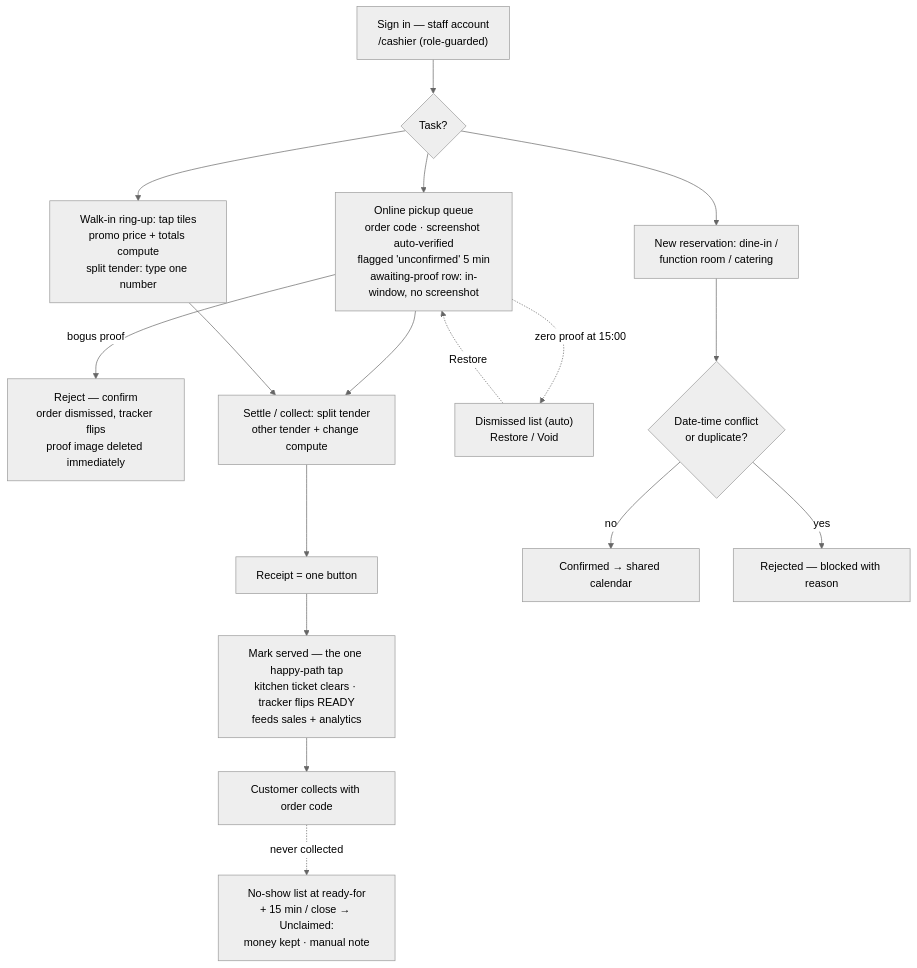
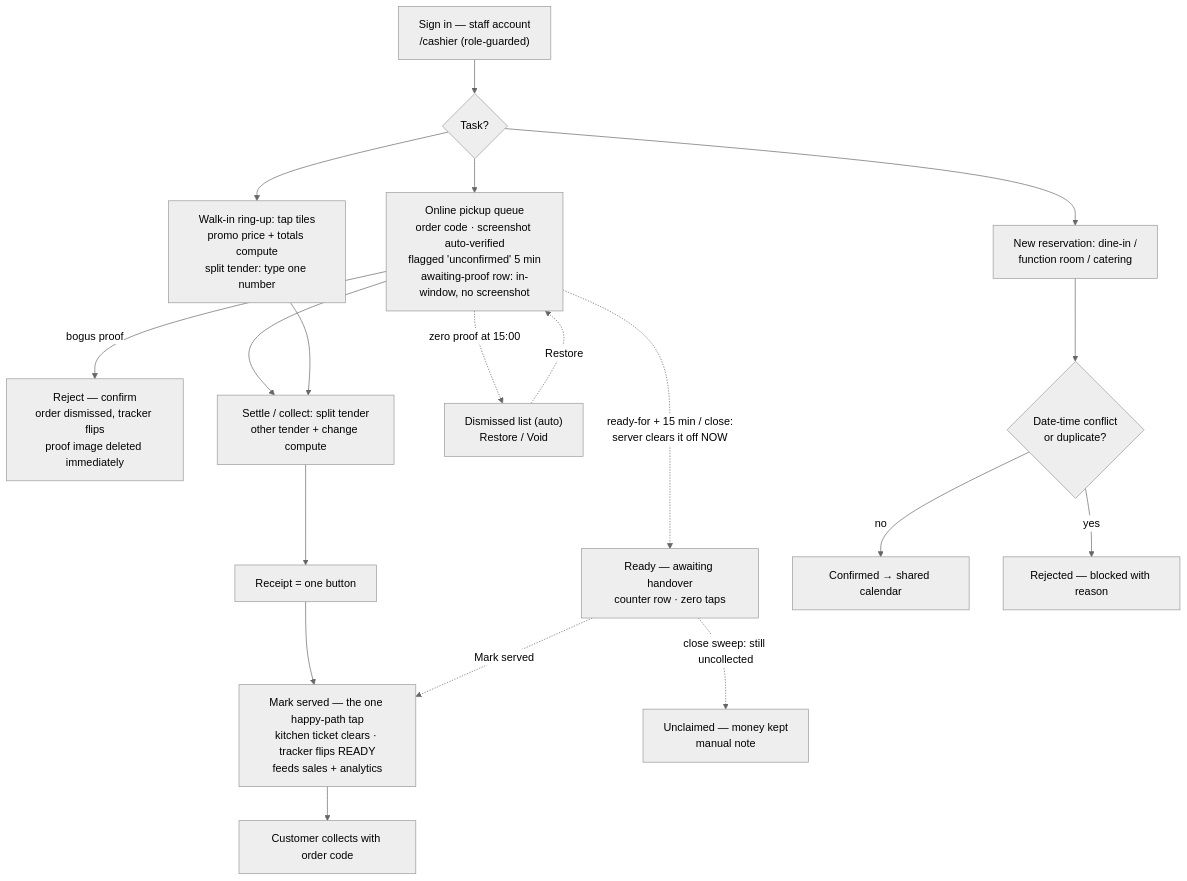
Before and after one commit to S1NXIAN/CRNP: the diagram in docs/flow-charts/cashier.md, drawn with Mermaid (neutral theme). The commit also changed 4 other files, not shown here.

````diff
--- a/docs/flow-charts/cashier.md
+++ b/docs/flow-charts/cashier.md
@@ -6,19 +6,21 @@
 ```mermaid
 flowchart TD
     A["Sign in — staff account<br/>/cashier (role-guarded)"] --> B{"Task?"}
     B --> C["Online pickup queue<br/>order code · screenshot auto-verified<br/>flagged 'unconfirmed' 5 min<br/>awaiting-proof row: in-window, no screenshot"]
     B --> D["Walk-in ring-up: tap tiles<br/>promo price + totals compute<br/>split tender: type one number"]
     B --> E["New reservation: dine-in /<br/>function room / catering"]
     C -->|"bogus proof"| R["Reject — confirm<br/>order dismissed, tracker flips<br/>proof image deleted immediately"]
     C --> F["Settle / collect: split tender<br/>other tender + change compute"]
     D --> F
     F --> G["Receipt = one button"]
     G --> H["Mark served — the one happy-path tap<br/>kitchen ticket clears · tracker flips READY<br/>feeds sales + analytics"]
     H --> I["Customer collects with order code"]
-    I -.->|"never collected"| U["No-show list at ready-for<br/>+ 15 min / close → Unclaimed:<br/>money kept · manual note"]
+    C -.->|"ready-for + 15 min / close:<br/>server clears it off NOW"| W["Ready — awaiting handover<br/>counter row · zero taps"]
+    W -.->|"Mark served"| H
+    W -.->|"close sweep: still uncollected"| U["Unclaimed — money kept<br/>manual note"]
     C -.->|"zero proof at 15:00"| X["Dismissed list (auto)<br/>Restore / Void"]
     X -.->|"Restore"| C
     E --> J{"Date-time conflict<br/>or duplicate?"}
     J -->|"no"| K["Confirmed → shared calendar"]
     J -->|"yes"| L["Rejected — blocked with reason"]
 ```
````
